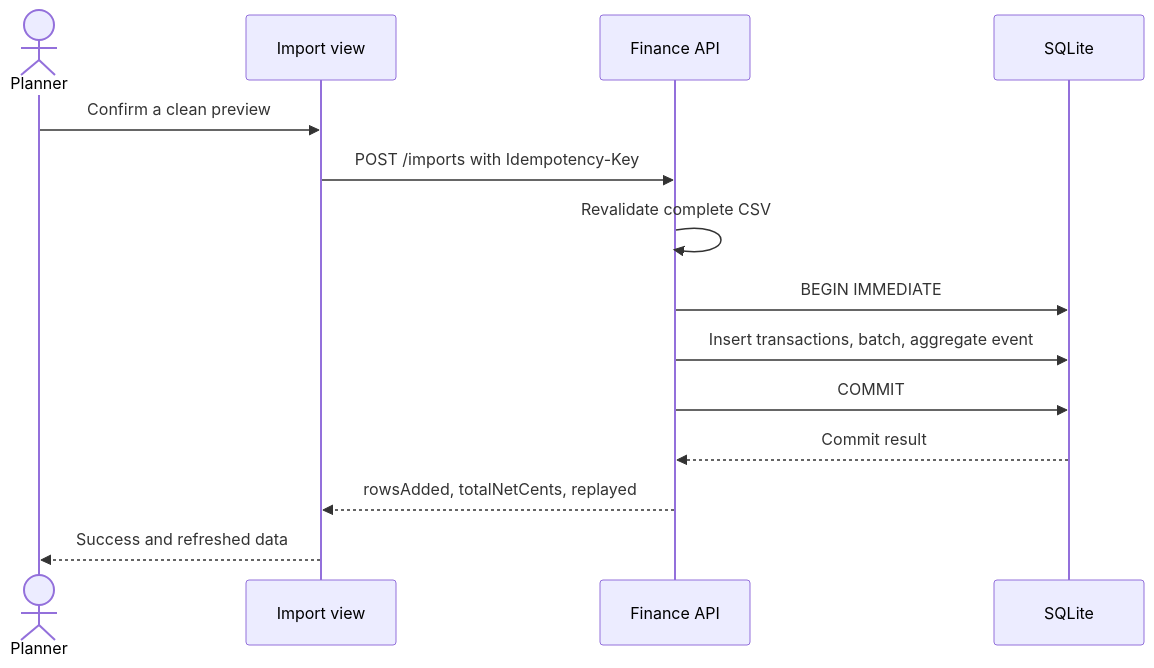
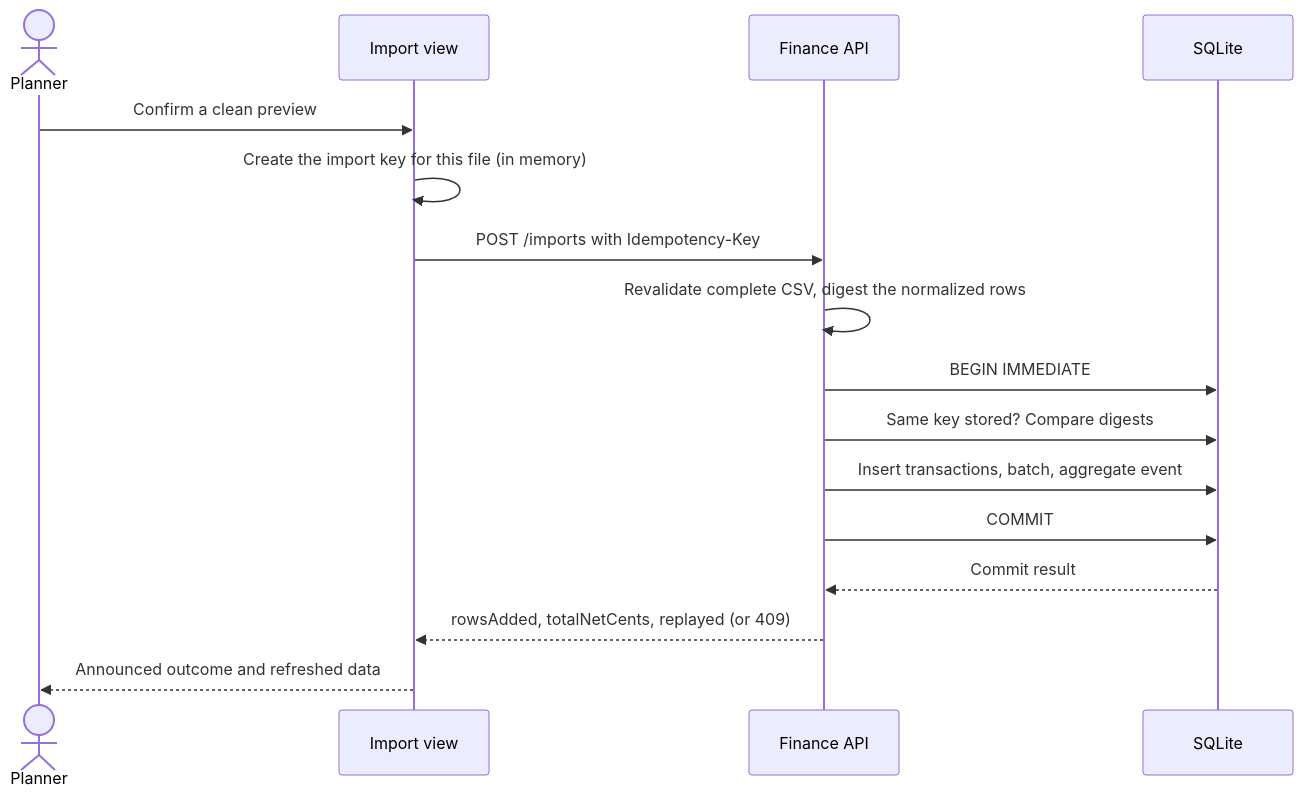
One commit to gopichand-retail-apps/wealthtrack-frontend changed the ninth of 14 diagrams in docs/architecture.md. Above: the diagram before and after it, drawn with Mermaid. The commit also changed other lines of this file and 17 other files, not shown here.

First line of the commit message:
feat(import): stable import key and recoverable import states (WT-02, WT-04)

````diff
--- a/docs/architecture.md
+++ b/docs/architecture.md
@@ -208,16 +208,18 @@
 ```mermaid
 sequenceDiagram
   actor Planner
   participant UI as Import view
   participant API as Finance API
   participant DB as SQLite
   Planner->>UI: Confirm a clean preview
+  UI->>UI: Create the import key for this file (in memory)
   UI->>API: POST /imports with Idempotency-Key
-  API->>API: Revalidate complete CSV
+  API->>API: Revalidate complete CSV, digest the normalized rows
   API->>DB: BEGIN IMMEDIATE
+  API->>DB: Same key stored? Compare digests
   API->>DB: Insert transactions, batch, aggregate event
   API->>DB: COMMIT
   DB-->>API: Commit result
-  API-->>UI: rowsAdded, totalNetCents, replayed
-  UI-->>Planner: Success and refreshed data
+  API-->>UI: rowsAdded, totalNetCents, replayed (or 409)
+  UI-->>Planner: Announced outcome and refreshed data
 ```
````
